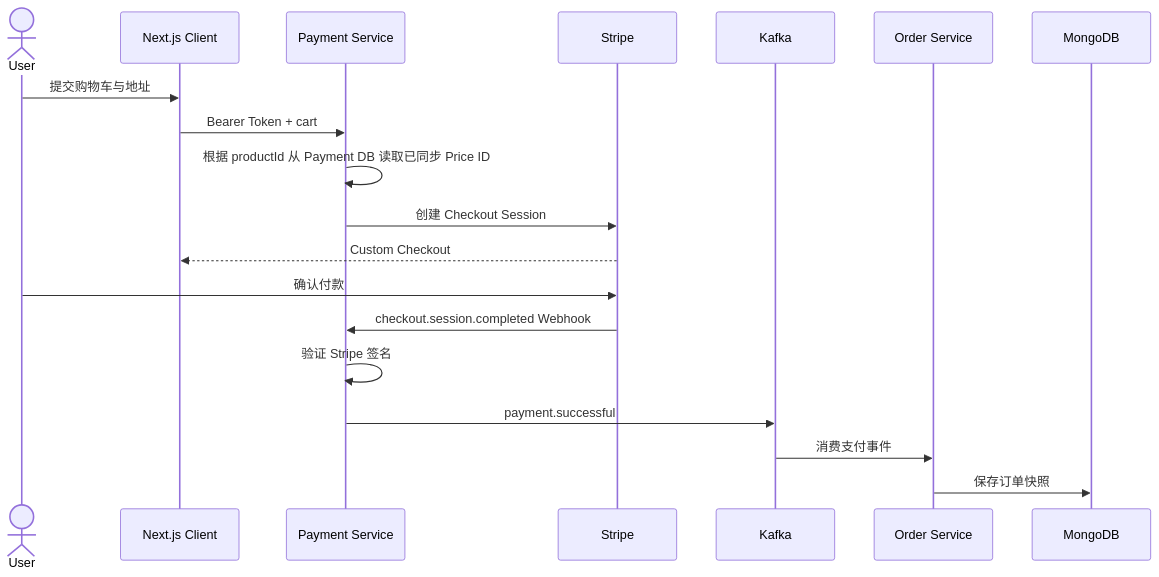
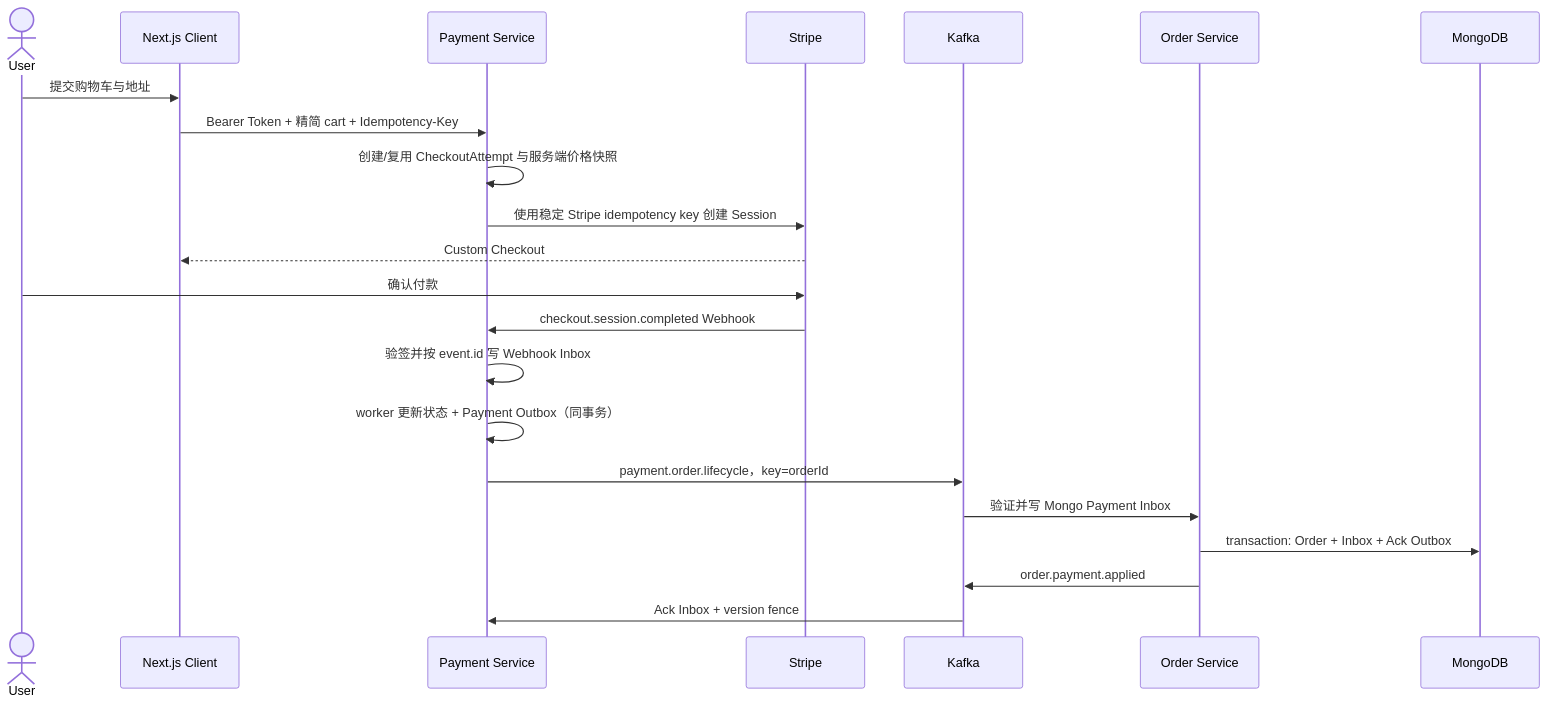
One commit to RenXusheng233/ecom-rr changed the second of 2 diagrams in docs/interview-preparation/00-一周学习路线与项目介绍.md. Above: the diagram before and after it, drawn with Mermaid. The commit also changed other lines of this file and 100 other files, not shown here.

Commit message:
feat(reliability): add durable catalog and payment-order workflows

````diff
--- a/docs/interview-preparation/00-一周学习路线与项目介绍.md
+++ b/docs/interview-preparation/00-一周学习路线与项目介绍.md
@@ -96,22 +96,25 @@
 ```mermaid
 sequenceDiagram
   actor User
   participant C as Next.js Client
   participant P as Payment Service
   participant S as Stripe
   participant K as Kafka
   participant O as Order Service
   participant M as MongoDB
 
   User->>C: 提交购物车与地址
-  C->>P: Bearer Token + cart
-  P->>P: 根据 productId 从 Payment DB 读取已同步 Price ID
-  P->>S: 创建 Checkout Session
+  C->>P: Bearer Token + 精简 cart + Idempotency-Key
+  P->>P: 创建/复用 CheckoutAttempt 与服务端价格快照
+  P->>S: 使用稳定 Stripe idempotency key 创建 Session
   S-->>C: Custom Checkout
   User->>S: 确认付款
   S->>P: checkout.session.completed Webhook
-  P->>P: 验证 Stripe 签名
-  P->>K: payment.successful
-  K->>O: 消费支付事件
-  O->>M: 保存订单快照
+  P->>P: 验签并按 event.id 写 Webhook Inbox
+  P->>P: worker 更新状态 + Payment Outbox（同事务）
+  P->>K: payment.order.lifecycle，key=orderId
+  K->>O: 验证并写 Mongo Payment Inbox
+  O->>M: transaction: Order + Inbox + Ack Outbox
+  O->>K: order.payment.applied
+  K->>P: Ack Inbox + version fence
 ```
````
